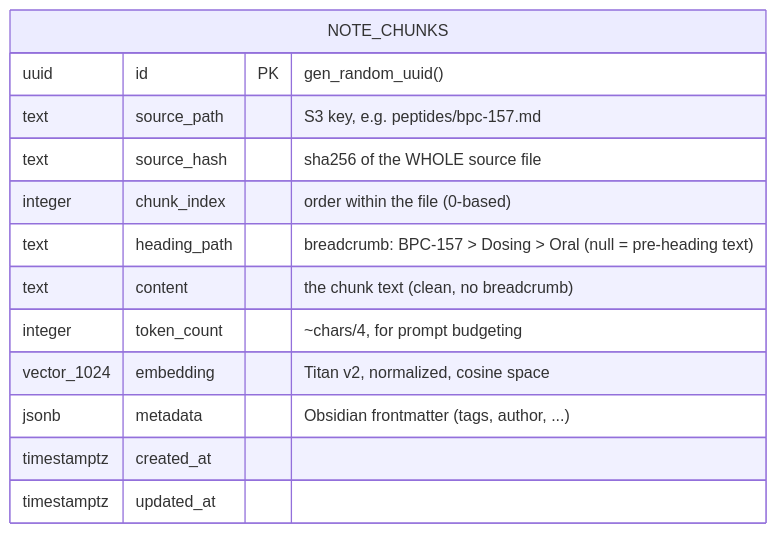
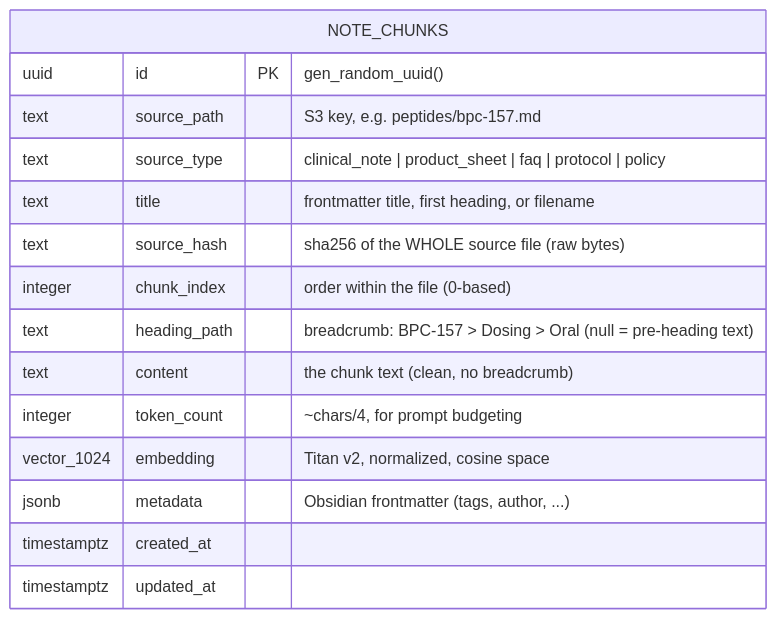
Before and after one commit to Joice-Health/Joice: the first of 2 diagrams in docs/rag/02-data-model.md, drawn with Mermaid. The commit also changed other lines of this file and 14 other files, not shown here.

````diff
--- a/docs/rag/02-data-model.md
+++ b/docs/rag/02-data-model.md
@@ -9,16 +9,18 @@
 ```mermaid
 erDiagram
     NOTE_CHUNKS {
         uuid id PK "gen_random_uuid()"
         text source_path "S3 key, e.g. peptides/bpc-157.md"
-        text source_hash "sha256 of the WHOLE source file"
+        text source_type "clinical_note | product_sheet | faq | protocol | policy"
+        text title "frontmatter title, first heading, or filename"
+        text source_hash "sha256 of the WHOLE source file (raw bytes)"
         integer chunk_index "order within the file (0-based)"
         text heading_path "breadcrumb: BPC-157 > Dosing > Oral (null = pre-heading text)"
         text content "the chunk text (clean, no breadcrumb)"
         integer token_count "~chars/4, for prompt budgeting"
         vector_1024 embedding "Titan v2, normalized, cosine space"
         jsonb metadata "Obsidian frontmatter (tags, author, ...)"
         timestamptz created_at
         timestamptz updated_at
     }
 ```
````
